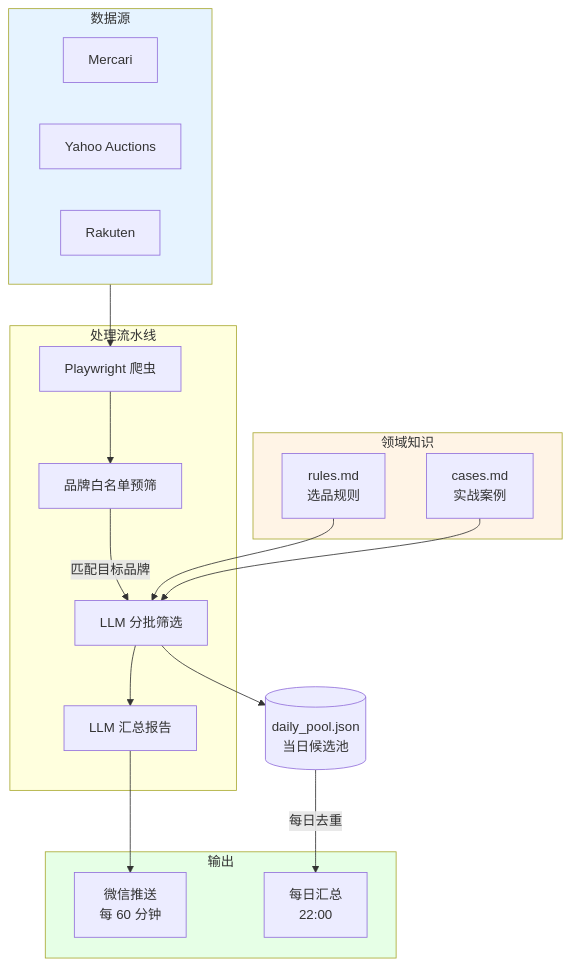
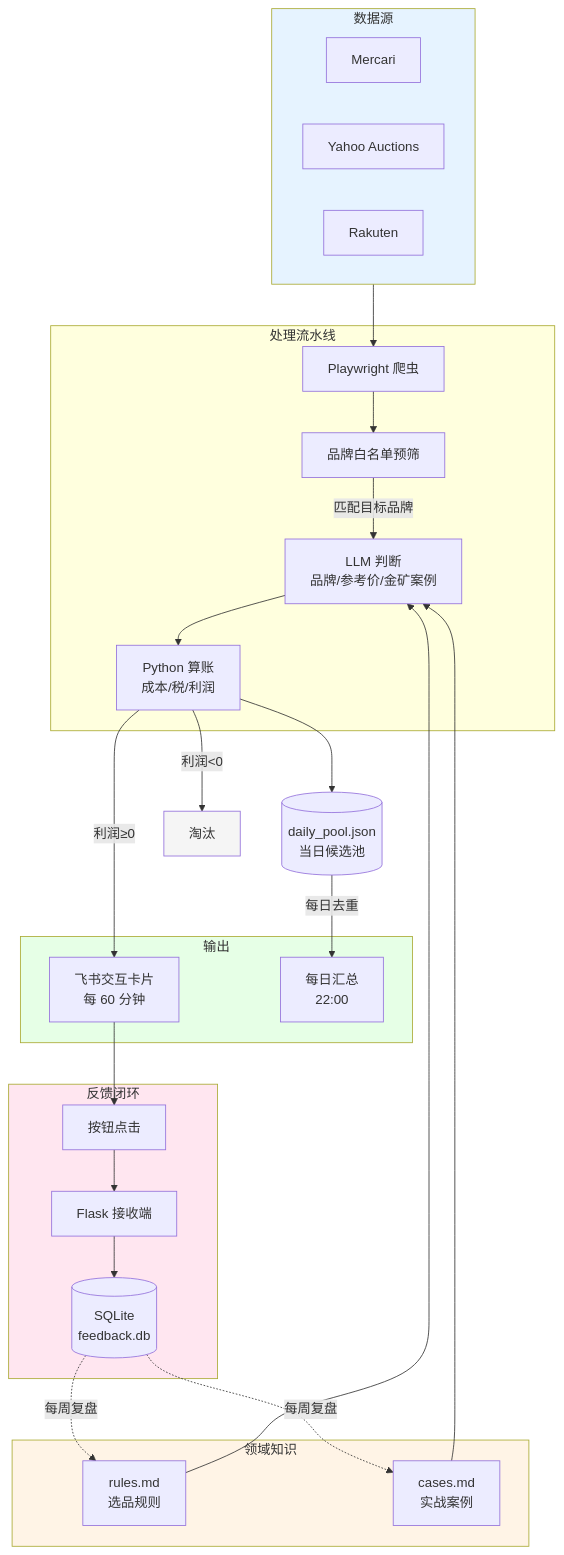
One commit to Pine369/kendama-selector changed the diagram in README.md. Above: the diagram before and after it, drawn with Mermaid. The commit also changed other lines of this file and 3 other files, not shown here.

````diff
--- a/README.md
+++ b/README.md
@@ -58,41 +61,55 @@
 ```mermaid
 flowchart TB
     subgraph Sources["数据源"]
         A1[Mercari]
         A2[Yahoo Auctions]
         A3[Rakuten]
     end
 
     subgraph Pipeline["处理流水线"]
         B[Playwright 爬虫]
         C[品牌白名单预筛]
-        D[LLM 分批筛选]
-        E[LLM 汇总报告]
+        D[LLM 判断<br/>品牌/参考价/金矿案例]
+        E[Python 算账<br/>成本/税/利润]
     end
 
     subgraph Knowledge["领域知识"]
         K1[rules.md<br/>选品规则]
         K2[cases.md<br/>实战案例]
     end
 
     subgraph Outputs["输出"]
-        O1[微信推送<br/>每 60 分钟]
+        O1[飞书交互卡片<br/>每 60 分钟]
         O2[每日汇总<br/>22:00]
+    end
+
+    subgraph Feedback["反馈闭环"]
+        F1[按钮点击]
+        F2[Flask 接收端]
+        F3[(SQLite<br/>feedback.db)]
     end
 
     Storage[(daily_pool.json<br/>当日候选池)]
 
     Sources --> B
     B --> C
     C -->|匹配目标品牌| D
     K1 --> D
     K2 --> D
     D --> E
-    D --> Storage
-    E --> O1
+    E -->|利润≥0| O1
+    E -->|利润<0| Discard[淘汰]
+    E --> Storage
     Storage -->|每日去重| O2
+    O1 --> F1
+    F1 --> F2
+    F2 --> F3
+    F3 -.每周复盘.-> K1
+    F3 -.每周复盘.-> K2
 
     style Knowledge fill:#fff4e6
     style Sources fill:#e6f3ff
     style Outputs fill:#e6ffe6
+    style Feedback fill:#ffe6f0
+    style Discard fill:#f5f5f5
 ```
````
